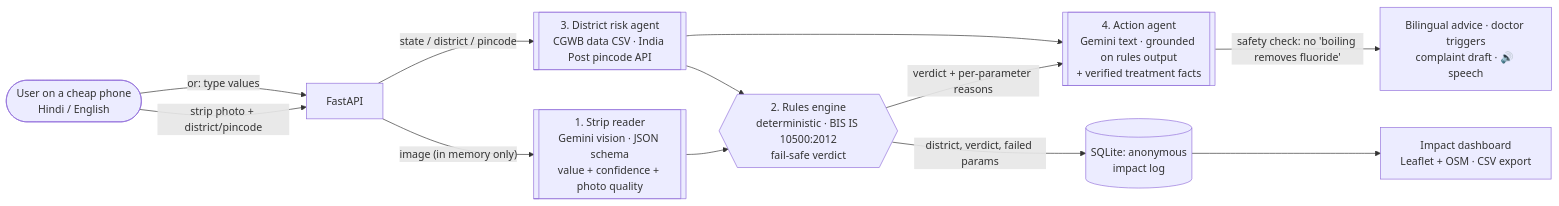
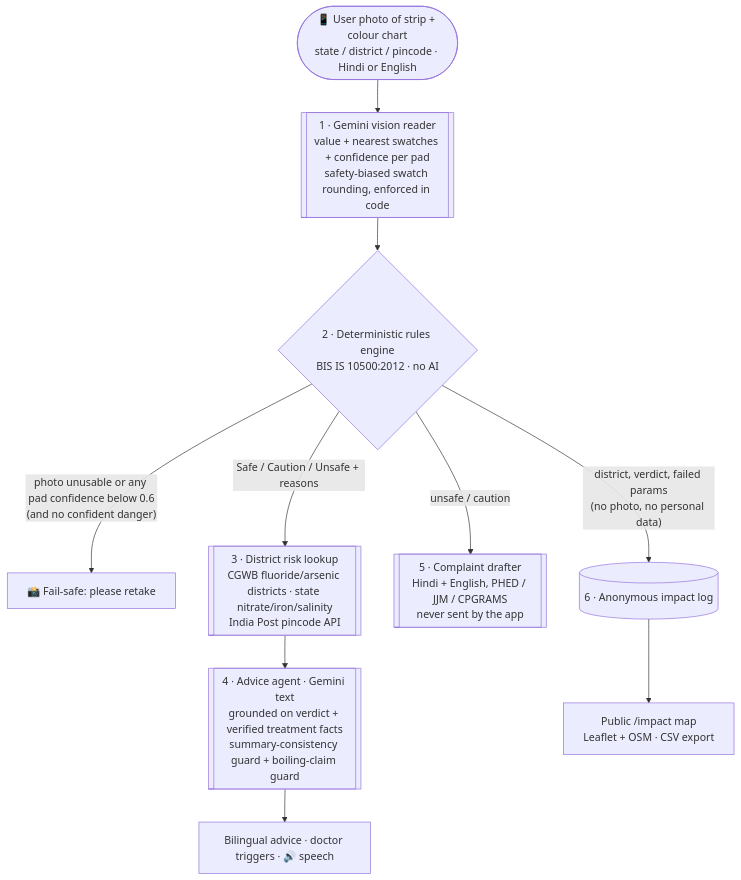
One commit to ridakalam52-design/jal-parakh changed the first of 2 diagrams in README.md. Above: the diagram before and after it, drawn with Mermaid. The commit also changed other lines of this file and 18 other files, not shown here.

````diff
--- a/README.md
+++ b/README.md
@@ -53,14 +63,12 @@
 ```mermaid
-flowchart LR
-    U([User on a cheap phone<br/>Hindi / English]) -- "strip photo + district/pincode" --> API[FastAPI]
-    U -- "or: type values" --> API
-    API -- "image (in memory only)" --> R[[1. Strip reader<br/>Gemini vision · JSON schema<br/>value + confidence + photo quality]]
-    R --> E{{2. Rules engine<br/>deterministic · BIS IS 10500:2012<br/>fail-safe verdict}}
-    API -- "state / district / pincode" --> D[[3. District risk agent<br/>CGWB data CSV · India Post pincode API]]
-    D --> E
-    E -- "verdict + per-parameter reasons" --> A[[4. Action agent<br/>Gemini text · grounded on rules output<br/>+ verified treatment facts]]
-    D --> A
-    A -- "safety check: no 'boiling removes fluoride'" --> OUT[Bilingual advice · doctor triggers<br/>complaint draft · 🔊 speech]
-    E -- "district, verdict, failed params" --> LOG[(SQLite: anonymous<br/>impact log)]
-    LOG --> MAP[Impact dashboard<br/>Leaflet + OSM · CSV export]
+flowchart TD
+    U([📱 User photo of strip + colour chart<br/>state / district / pincode · Hindi or English]) --> R
+    R[[1 · Gemini vision reader<br/>value + nearest swatches + confidence per pad<br/>safety-biased swatch rounding, enforced in code]] --> E
+    E{2 · Deterministic rules engine<br/>BIS IS 10500:2012 · no AI}
+    E -- "photo unusable or any pad confidence below 0.6<br/>(and no confident danger)" --> RT[📸 Fail-safe: please retake]
+    E -- "Safe / Caution / Unsafe + reasons" --> D
+    D[[3 · District risk lookup<br/>CGWB fluoride/arsenic districts · state nitrate/iron/salinity<br/>India Post pincode API]] --> A
+    A[[4 · Advice agent · Gemini text<br/>grounded on verdict + verified treatment facts<br/>summary-consistency guard + boiling-claim guard]] --> OUT[Bilingual advice · doctor triggers · 🔊 speech]
+    E -- "unsafe / caution" --> C[[5 · Complaint drafter<br/>Hindi + English, PHED / JJM / CPGRAMS<br/>never sent by the app]]
+    E -- "district, verdict, failed params<br/>(no photo, no personal data)" --> M[(6 · Anonymous impact log)] --> MAP[Public /impact map<br/>Leaflet + OSM · CSV export]
 ```
````
